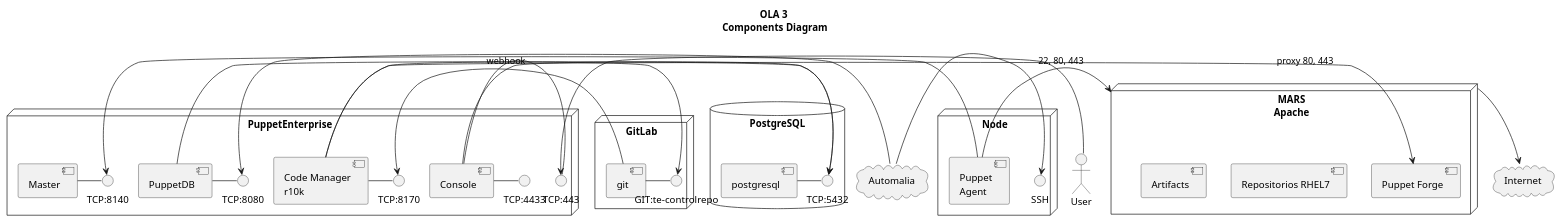
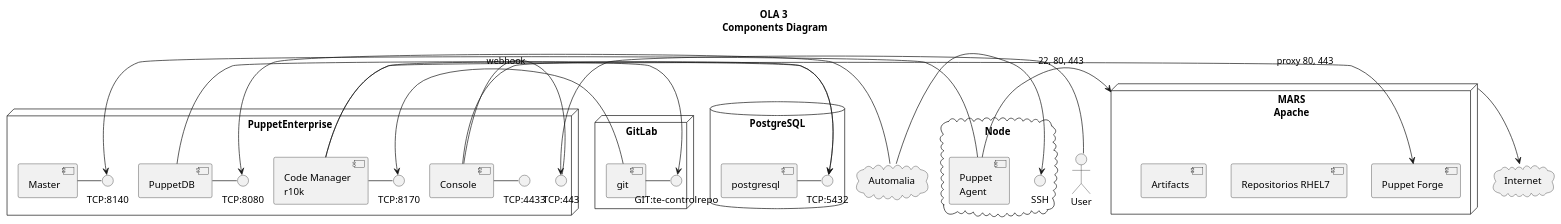
One commit to CIVIR-ES/PE-vagrant changed the diagram in doc/diagram.puml. Above: the diagram before and after it, drawn with PlantUML.

```diff
--- a/doc/diagram.puml
+++ b/doc/diagram.puml
@@ -1,57 +1,57 @@
 @startuml
 title OLA 3\n Components Diagram
 Actor User
 
 node "PuppetEnterprise" {
   [Code Manager\nr10k] as r10k
   [Master]
   [PuppetDB]
   [Console]
   interface "TCP:8170" as TCP8170
   interface "TCP:443" as TCP443
   interface "TCP:8080" as TCP8080
   interface "TCP:8140" as TCP8140
   interface "TCP:4433" as TCP4433
   [Console] - TCP443
   [Console] - TCP4433
   r10k - TCP8170
   [PuppetDB] - TCP8080
   [Master] - TCP8140
 }
 
 node "MARS\nApache" as MARS {
   [Puppet Forge]
   [Repositorios RHEL7]
   [Artifacts]
 }
 
 node "GitLab" {
   [git]
   interface "GIT:te-controlrepo" as controlrepo
   [git] - controlrepo
 }
 cloud "Internet" {
 }
 database "PostgreSQL" {
   [postgresql]
   interface "TCP:5432" as TCP5432
   [postgresql] - TCP5432
 }
 cloud "Automalia" {
 }
-node "Node" {
+cloud "Node" {
   [Puppet\nAgent]
   interface SSH
 }
 Automalia -> SSH
 Automalia -> TCP8080
 User -> TCP443
 r10k -> controlrepo
 r10k -> [Puppet Forge]
 [Puppet\nAgent] -> MARS : 22, 80, 443
 [Puppet\nAgent] -> TCP8140
 MARS -> Internet : proxy 80, 443
 [PuppetDB] -> TCP5432
 [Console] -> TCP5432
 [git] -> TCP8170 : webhook
 @enduml
```
